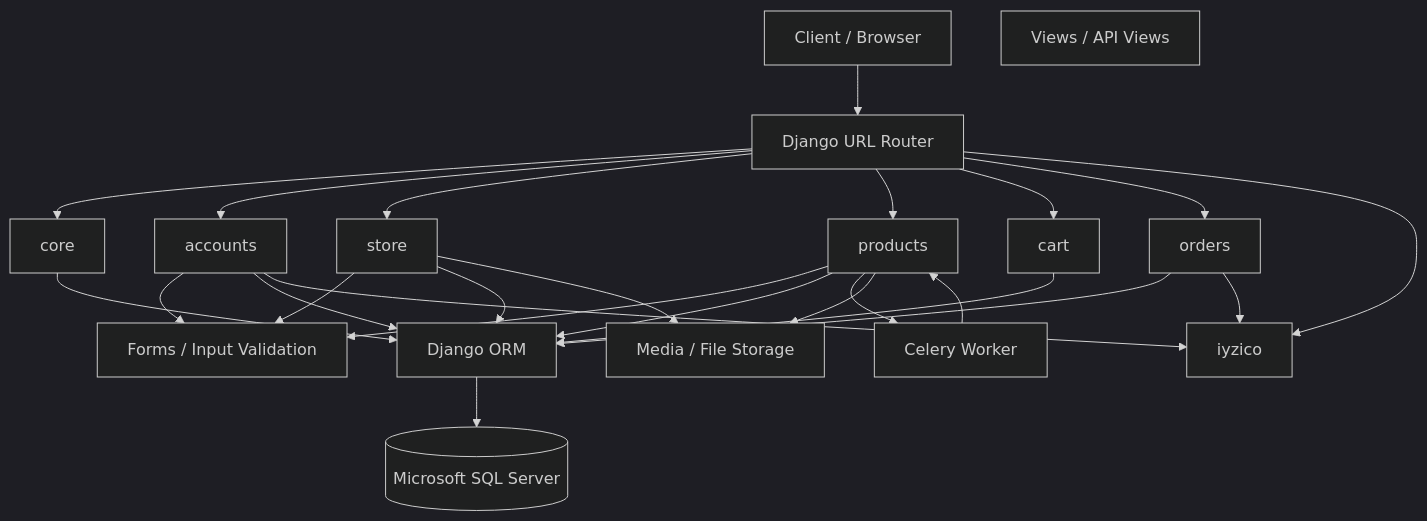
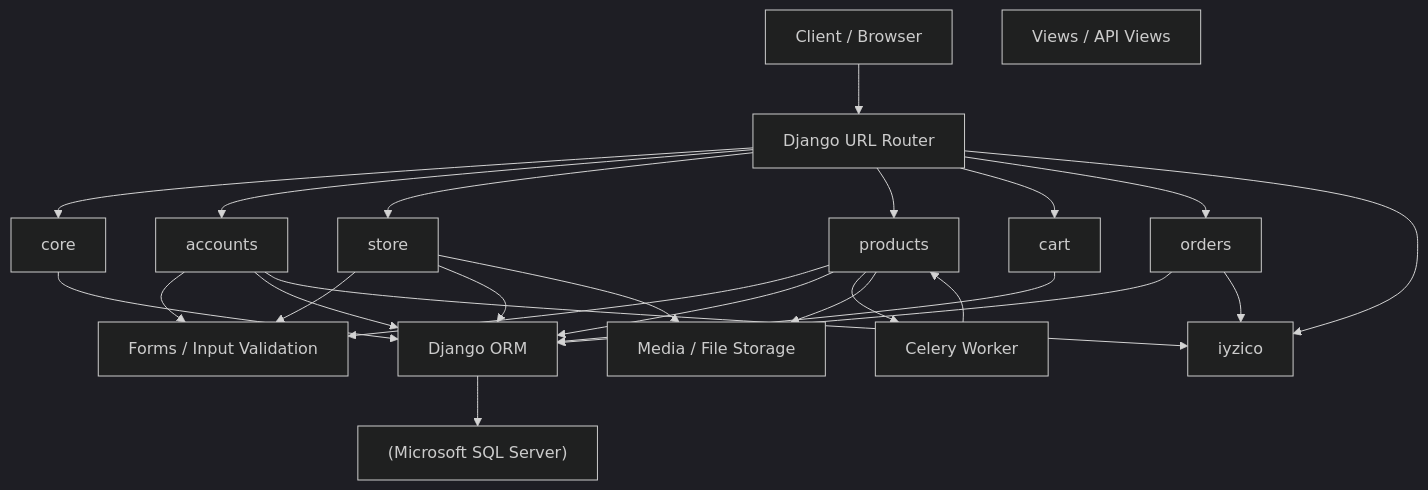
The diagram in docs/diagrams/system-architecture.md (Gebnerr/deneme), drawn with Mermaid (dark theme) before and after one commit. The commit also changed 14 other files, not shown here.

````diff
--- a/docs/diagrams/system-architecture.md
+++ b/docs/diagrams/system-architecture.md
@@ -5,49 +5,49 @@
 ```mermaid
 flowchart TB
     C[Client / Browser]
     R[Django URL Router]
     V[Views / API Views]
     F[Forms / Input Validation]
 
     A[accounts]
     S[store]
     P[products]
     CT[cart]
     O[orders]
     CORE[core]
 
     ORM[Django ORM]
-    DB[(Microsoft SQL Server)]
+    DB["(Microsoft SQL Server)"]
     IY[iyzico]
     CEL[Celery Worker]
     MEDIA[Media / File Storage]
 
     C --> R
     R --> CORE
     R --> A
     R --> S
     R --> P
     R --> CT
     R --> O
     R --> IY
 
     A --> F
     P --> F
     S --> F
 
     A --> ORM
     S --> ORM
     P --> ORM
     CT --> ORM
     O --> ORM
     CORE --> ORM
 
     ORM --> DB
 
     O --> IY
     A --> IY
     P --> CEL
     CEL --> P
     P --> MEDIA
     S --> MEDIA
 ```
````
